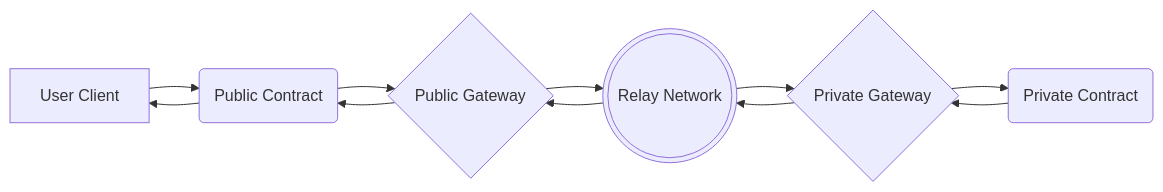
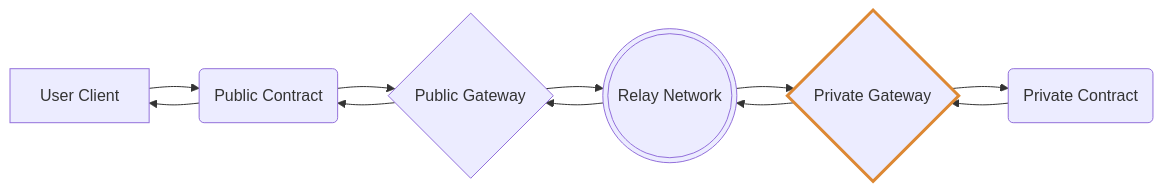
Before and after one commit to Atbash-Labs/TNLS: the diagram in README.md, drawn with Mermaid. The commit also changed other lines of this file, not shown here.

````diff
--- a/README.md
+++ b/README.md
@@ -3,13 +3,14 @@
 ```mermaid
 flowchart LR
       A[User Client]-->B(Public Contract);
       B-->C{Public Gateway};
       C-->D(((Relay Network)));
       D-->E{Private Gateway};
       E-->F(Private Contract);
       F-->E;
       E-->D;
       D-->C;
       C-->B;
       B-->A;
+      style E stroke:#d83,stroke-width:3px;
 ```
````
